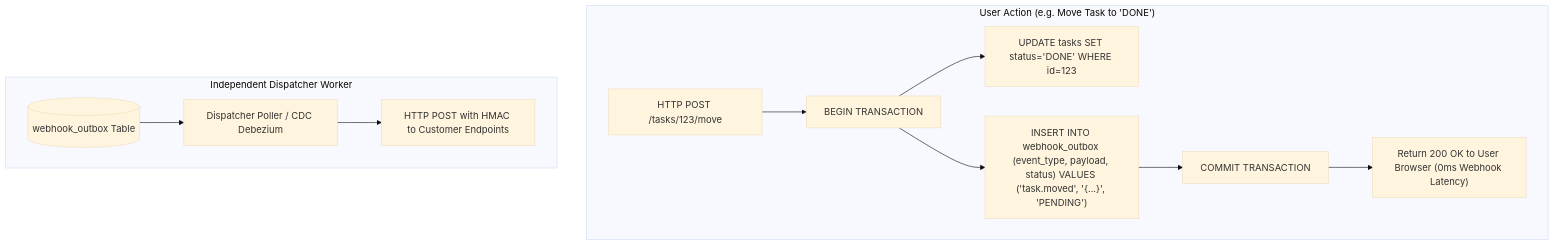
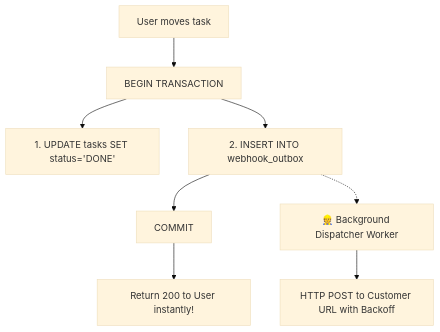
The ninth of 10 diagrams in 07-Backend-Engineering/Webhooks.md (rohithgowda18/Notes), drawn with Mermaid (base theme) before and after one commit. The commit also changed other lines of this file, not shown here.

````diff
--- a/07-Backend-Engineering/Webhooks.md
+++ b/07-Backend-Engineering/Webhooks.md
@@ -510,17 +329,11 @@
 ```mermaid
 flowchart TD
-    subgraph UserAction ["User Action (e.g. Move Task to 'DONE')"]
-        Req["HTTP POST /tasks/123/move"] --> Tx["BEGIN TRANSACTION"]
-        Tx --> WriteTask["UPDATE tasks SET status='DONE' WHERE id=123"]
-        Tx --> WriteOutbox["INSERT INTO webhook_outbox (event_type, payload, status) VALUES ('task.moved', '{...}', 'PENDING')"]
-        WriteOutbox --> Commit["COMMIT TRANSACTION"]
-        Commit --> Resp["Return 200 OK to User Browser (0ms Webhook Latency)"]
-    end
+    User["User moves task"] --> Tx["BEGIN TRANSACTION"]
+    Tx --> UpdateTask["1. UPDATE tasks SET status='DONE'"]
+    Tx --> Outbox["2. INSERT INTO webhook_outbox"]
+    Outbox --> Commit["COMMIT"]
+    Commit --> Done["Return 200 to User instantly!"]
 
-    subgraph AsyncDispatcher ["Independent Dispatcher Worker"]
-        OutboxTable[(webhook_outbox Table)]
-        Worker["Dispatcher Poller / CDC Debezium"]
-        OutboxTable --> Worker
-        Worker --> Dispatch["HTTP POST with HMAC to Customer Endpoints"]
-    end
+    Outbox -.-> Dispatcher["👷 Background Dispatcher Worker"]
+    Dispatcher --> HTTP["HTTP POST to Customer URL with Backoff"]
 ```
````
